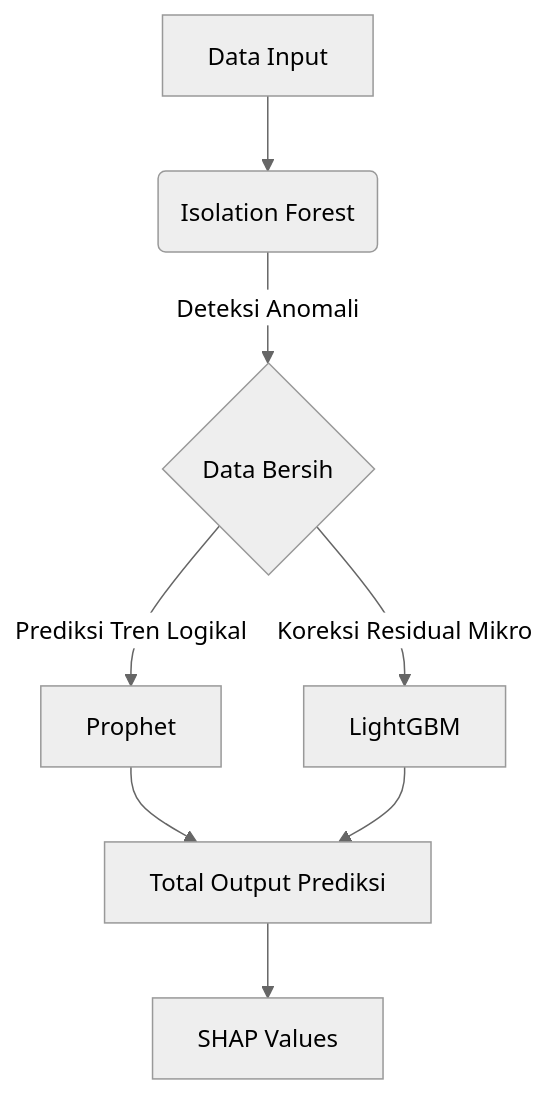
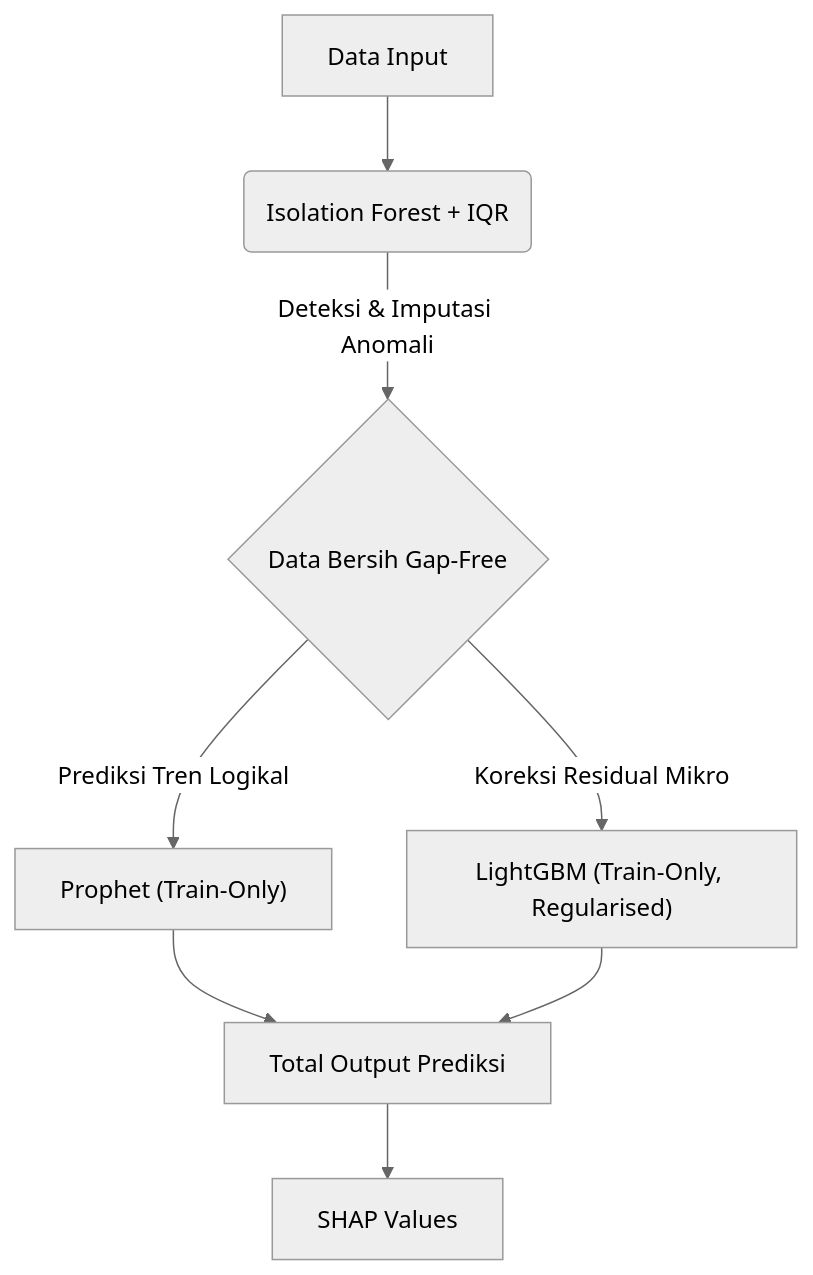
The diagram in Documentation/AI_Project_Documentation.md (UCYenyen/FindITDataset), drawn with Mermaid (neutral theme) before and after one commit. The commit also changed other lines of this file and 2 other files, not shown here.

````diff
--- a/Documentation/AI_Project_Documentation.md
+++ b/Documentation/AI_Project_Documentation.md
@@ -27,10 +29,10 @@
 ```mermaid
 flowchart TD
-    A[Data Input] --> B(Isolation Forest)
-    B -->|Deteksi Anomali| C{Data Bersih}
-    C -->|Prediksi Tren Logikal| D[Prophet]
-    C -->|Koreksi Residual Mikro| E[LightGBM]
+    A[Data Input] --> B(Isolation Forest + IQR)
+    B -->|Deteksi & Imputasi Anomali| C{Data Bersih Gap-Free}
+    C -->|Prediksi Tren Logikal| D["Prophet (Train-Only)"]
+    C -->|Koreksi Residual Mikro| E["LightGBM (Train-Only, Regularised)"]
     D --> F[Total Output Prediksi]
     E --> F
     F --> G[SHAP Values]
 ```
````
